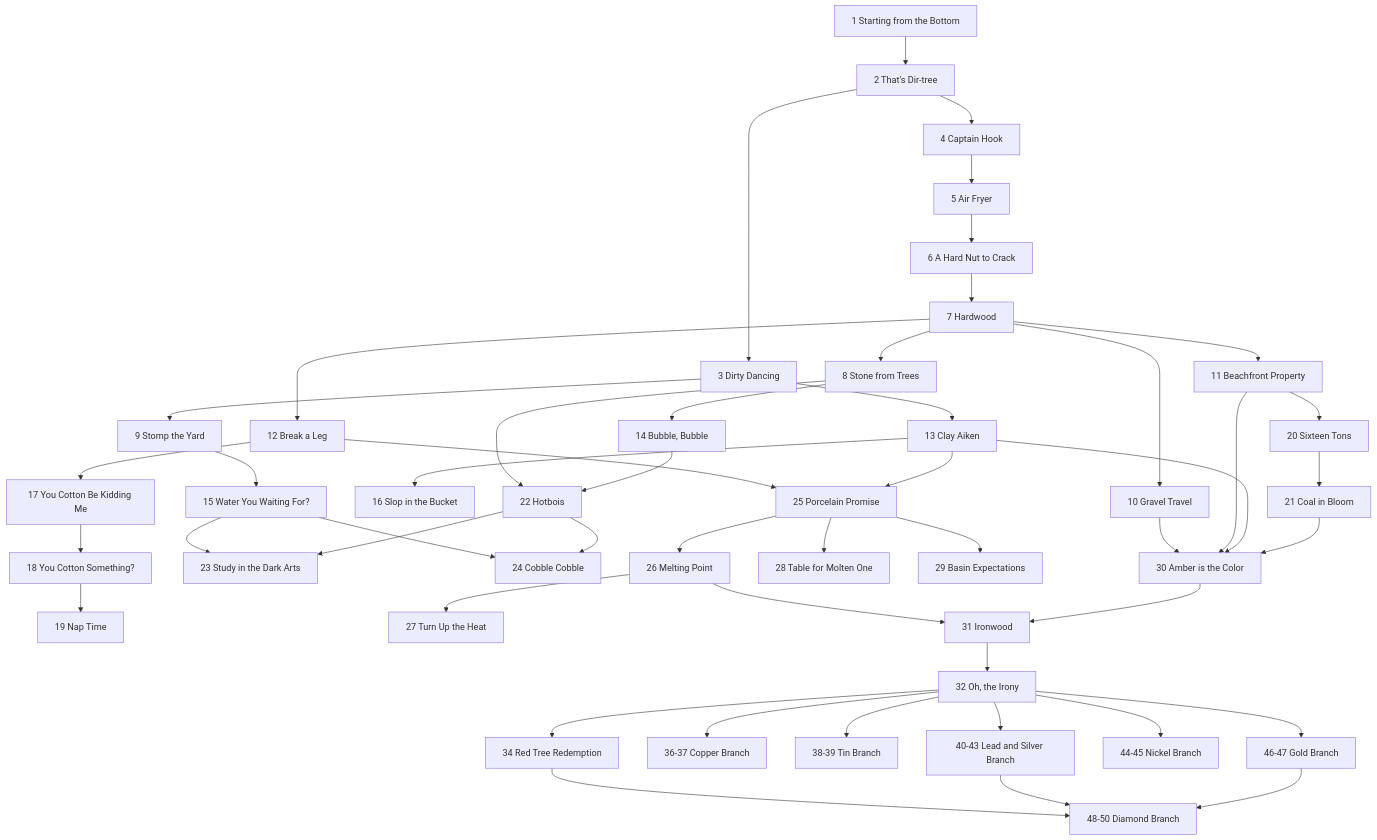
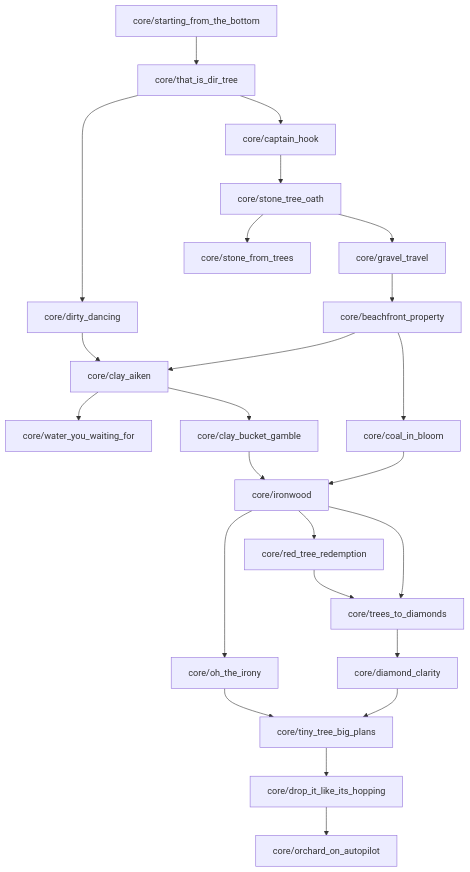
Before and after one commit to godh00d/sf4: the second of 3 diagrams in README.md, drawn with Mermaid. The commit also changed other lines of this file and 152 other files, not shown here.

````diff
--- a/README.md
+++ b/README.md
@@ -154,49 +110,24 @@
 ```mermaid
 flowchart TD
-    A1["1 Starting from the Bottom"] --> A2["2 That's Dir-tree"]
-    A2 --> A3["3 Dirty Dancing"]
-    A2 --> A4["4 Captain Hook"] --> A5["5 Air Fryer"] --> A6["6 A Hard Nut to Crack"] --> A7["7 Hardwood"]
-
-    A7 --> A8["8 Stone from Trees"]
-    A7 --> A10["10 Gravel Travel"]
-    A7 --> A11["11 Beachfront Property"]
-    A7 --> A12["12 Break a Leg"]
-    A3 --> A13["13 Clay Aiken"]
-
-    A3 --> A9["9 Stomp the Yard"] --> A15["15 Water You Waiting For?"]
-    A8 --> A14["14 Bubble, Bubble"]
-    A13 --> A16["16 Slop in the Bucket"]
-    A12 --> A17["17 You Cotton Be Kidding Me"] --> A18["18 You Cotton Something?"] --> A19["19 Nap Time"]
-
-    A11 --> A20["20 Sixteen Tons"] --> A21["21 Coal in Bloom"]
-    A8 --> A22["22 Hotbois"]
-    A14 --> A22
-    A15 --> A23["23 Study in the Dark Arts"]
-    A22 --> A23
-    A15 --> A24["24 Cobble Cobble"]
-    A22 --> A24
-
-    A12 --> A25["25 Porcelain Promise"]
-    A13 --> A25
-    A25 --> A26["26 Melting Point"] --> A27["27 Turn Up the Heat"]
-    A25 --> A28["28 Table for Molten One"]
-    A25 --> A29["29 Basin Expectations"]
-
-    A10 --> A30["30 Amber is the Color"]
-    A11 --> A30
-    A13 --> A30
-    A21 --> A30
-    A26 --> A31["31 Ironwood"] --> A32["32 Oh, the Irony"]
-    A30 --> A31
-
-    A32 --> REDSTONE["34 Red Tree Redemption"]
-    A32 --> COPPER["36-37 Copper Branch"]
-    A32 --> TIN["38-39 Tin Branch"]
-    A32 --> LEAD["40-43 Lead and Silver Branch"]
-    A32 --> NICKEL["44-45 Nickel Branch"]
-    A32 --> GOLD["46-47 Gold Branch"]
-
-    REDSTONE --> DIAMOND["48-50 Diamond Branch"]
-    LEAD --> DIAMOND
-    GOLD --> DIAMOND
+    A1["core/starting_from_the_bottom"] --> A2["core/that_is_dir_tree"]
+    A2 --> A3["core/dirty_dancing"]
+    A2 --> A4["core/captain_hook"] --> A5["core/stone_tree_oath"]
+    A5 --> A6["core/stone_from_trees"]
+    A5 --> A7["core/gravel_travel"] --> A8["core/beachfront_property"]
+    A3 --> A9["core/clay_aiken"]
+    A8 --> A9
+    A9 --> A10["core/water_you_waiting_for"]
+    A9 --> A11["core/clay_bucket_gamble"]
+    A8 --> A12["core/coal_in_bloom"]
+    A12 --> A13["core/ironwood"]
+    A11 --> A13
+    A13 --> A14["core/oh_the_irony"]
+    A13 --> A15["core/red_tree_redemption"]
+    A15 --> A16["core/trees_to_diamonds"]
+    A13 --> A16
+    A16 --> A17["core/diamond_clarity"]
+    A14 --> A18["core/tiny_tree_big_plans"]
+    A17 --> A18
+    A18 --> A19["core/drop_it_like_its_hopping"]
+    A19 --> A20["core/orchard_on_autopilot"]
 ```
````
